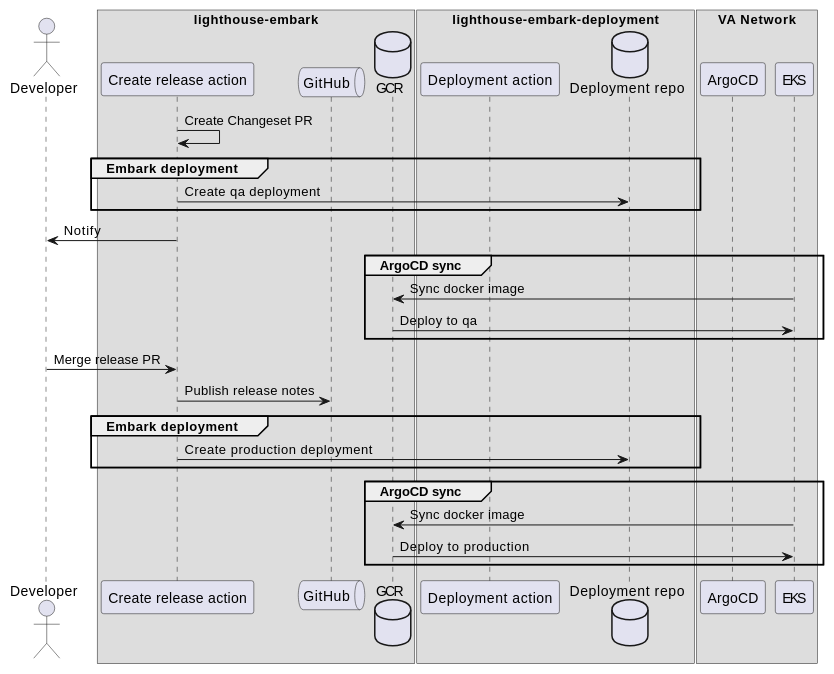
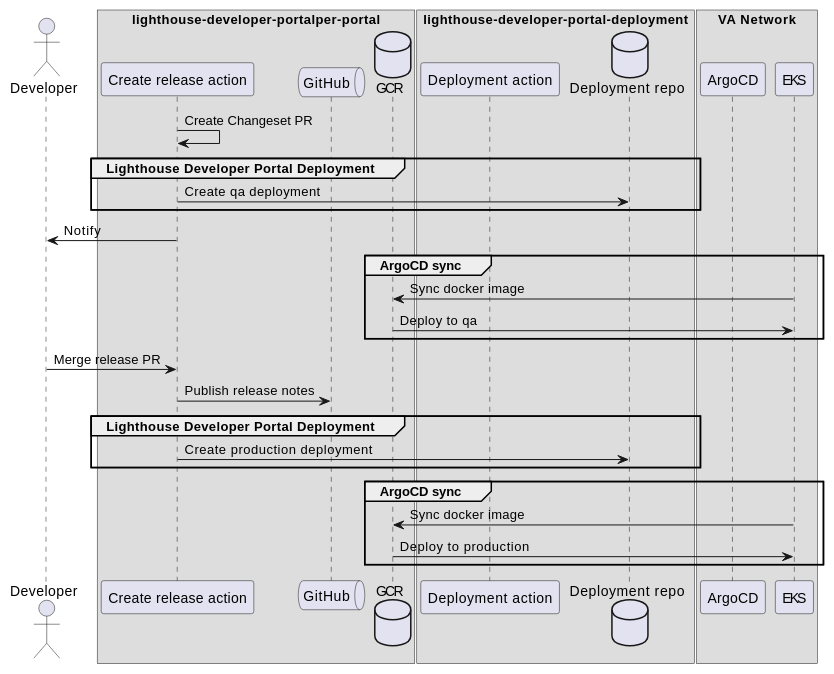
Before and after one commit to TS000/lighthouse-developer-portal: the tenth of 10 diagrams in docs/deployment.md, drawn with PlantUML. The commit also changed other lines of this file and 32 other files, not shown here.

````diff
--- a/docs/deployment.md
+++ b/docs/deployment.md
@@ -331,34 +331,34 @@
 ```plantuml
 actor Developer as dev
-box "lighthouse-embark"
+box "lighthouse-developer-portalper-portal"
 participant "Create release action" as builder
 queue "GitHub" as platform
 database "GCR" as storage
 end box
-box "lighthouse-embark-deployment"
+box "lighthouse-developer-portal-deployment"
 participant "Deployment action" as depaction
 database "Deployment repo" as drepo
 end box
 box VA Network
 participant "ArgoCD" as deployer
 participant "EKS" as runner
 end box
 builder -> builder: Create Changeset PR
-group Embark deployment
+group Lighthouse Developer Portal Deployment
 builder-> drepo: Create qa deployment
 end
 builder -> dev: Notify
 group ArgoCD sync
 runner->storage : Sync docker image
 storage->runner : Deploy to qa
 end
 dev -> builder: Merge release PR
 builder-> platform : Publish release notes
-group Embark deployment
+group Lighthouse Developer Portal Deployment
 builder-> drepo: Create production deployment
 end
 group ArgoCD sync
 runner->storage : Sync docker image
 storage->runner : Deploy to production
 end
 ```
````
